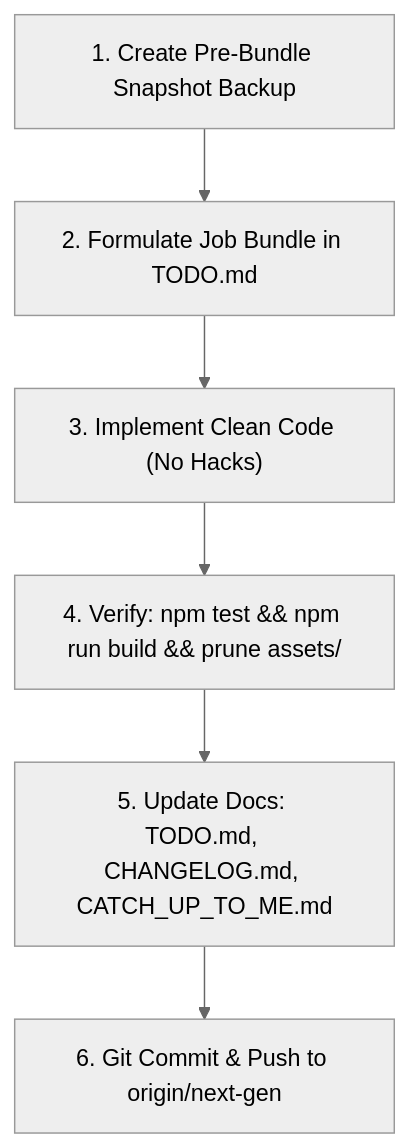
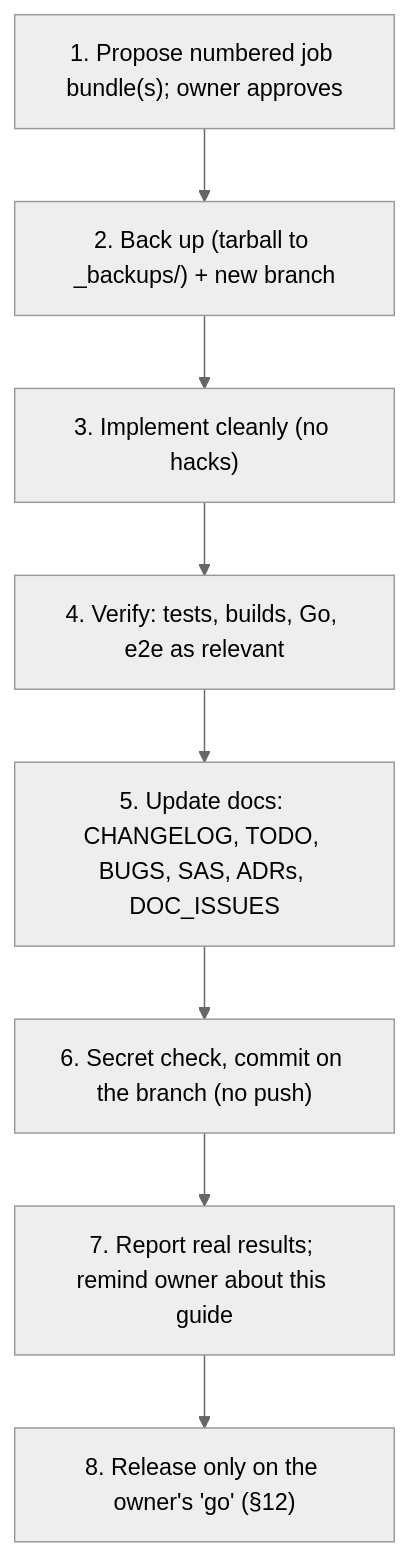
The second of 2 diagrams in DEVELOPER_GUIDE.md (steph1420/LFPS_Substitutions_Manager), drawn with Mermaid (neutral theme) before and after one commit. The commit also changed other lines of this file and 6 other files, not shown here.

First line of the commit message:
docs: update DEVELOPER_GUIDE.md to match bundle/35a (owner request)

````diff
--- a/DEVELOPER_GUIDE.md
+++ b/DEVELOPER_GUIDE.md
@@ -474,8 +444,10 @@
 ```mermaid
 flowchart TD
-    A["1. Create Pre-Bundle Snapshot Backup"] --> B["2. Formulate Job Bundle in TODO.md"]
-    B --> C["3. Implement Clean Code (No Hacks)"]
-    C --> D["4. Verify: npm test && npm run build && prune assets/"]
-    D --> E["5. Update Docs: TODO.md, CHANGELOG.md, CATCH_UP_TO_ME.md"]
-    E --> F["6. Git Commit & Push to origin/next-gen"]
+    A["1. Propose numbered job bundle(s); owner approves"] --> B["2. Back up (tarball to _backups/) + new branch"]
+    B --> C["3. Implement cleanly (no hacks)"]
+    C --> D["4. Verify: tests, builds, Go, e2e as relevant"]
+    D --> E["5. Update docs: CHANGELOG, TODO, BUGS, SAS, ADRs, DOC_ISSUES"]
+    E --> F["6. Secret check, commit on the branch (no push)"]
+    F --> G["7. Report real results; remind owner about this guide"]
+    G --> H["8. Release only on the owner's 'go' (§12)"]
 ```
````
